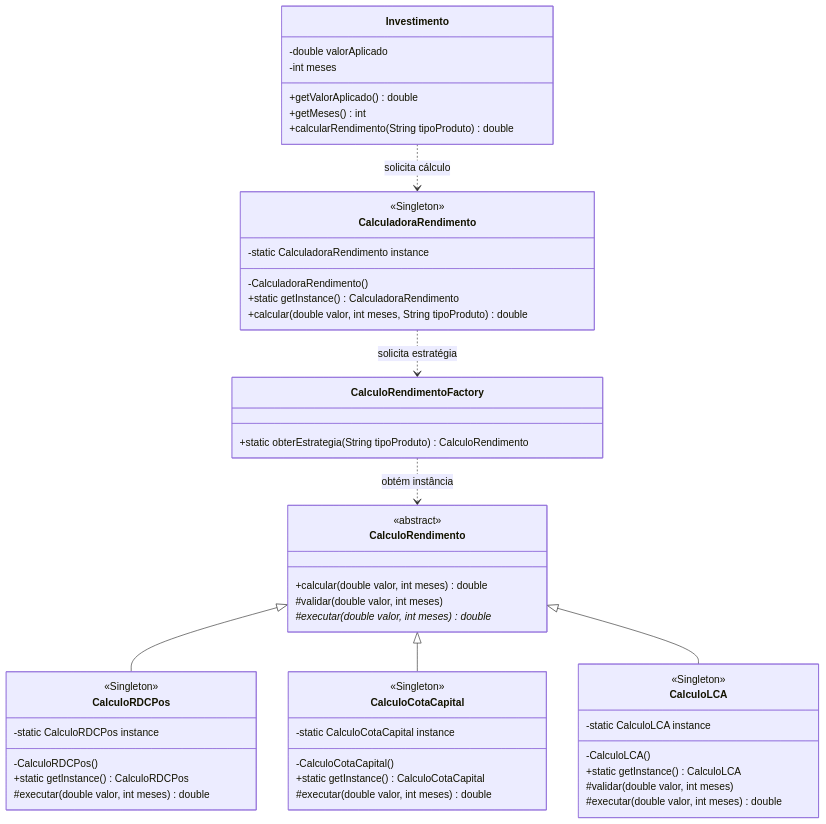
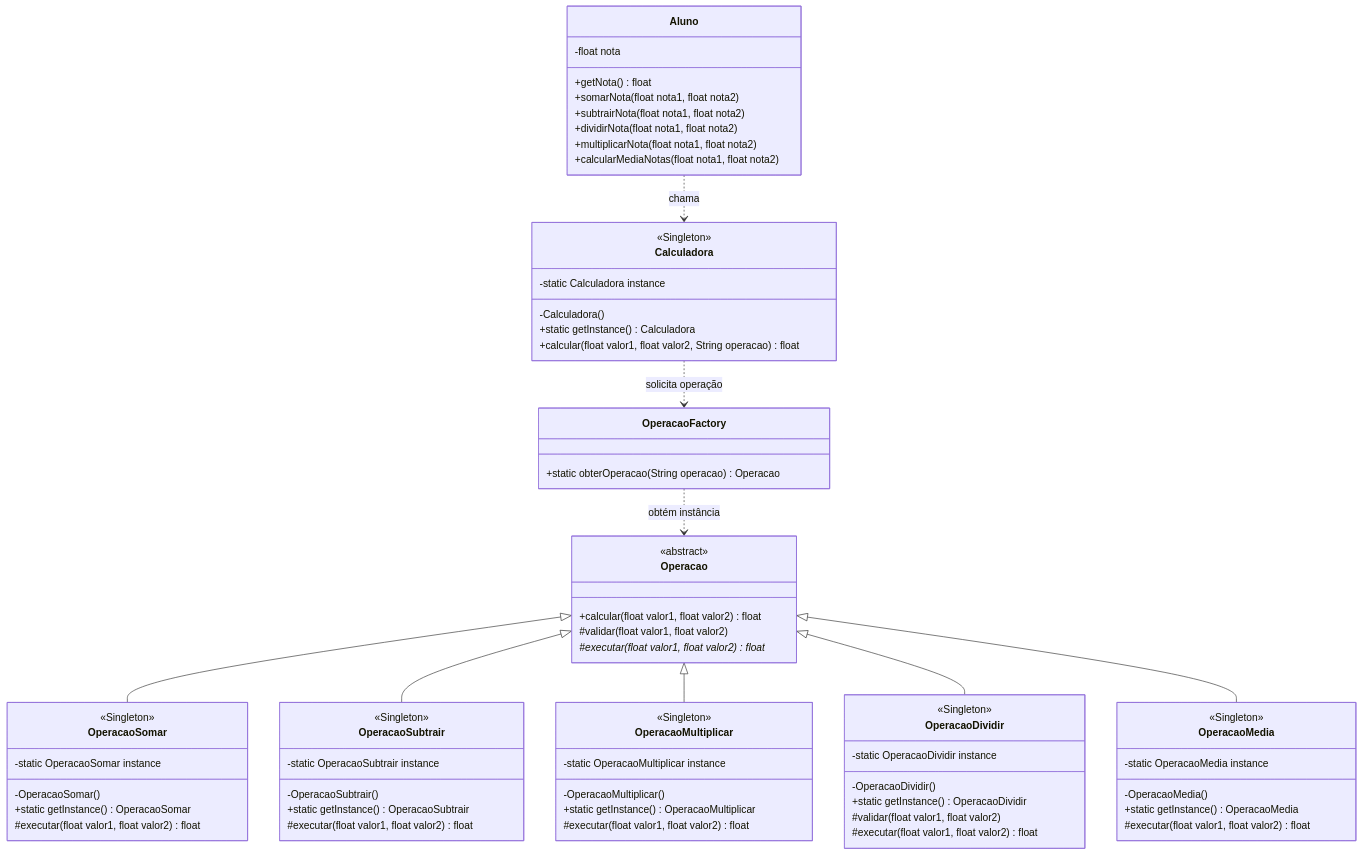
Before and after one commit to alvaroiceufjf/IntegracaoStrategy: the diagram in README.md, drawn with Mermaid.

Commit message:
Update class diagram in README.md

````diff
--- a/README.md
+++ b/README.md
@@ -2,62 +2,82 @@
 ```mermaid
 classDiagram
-    class Investimento {
-        -double valorAplicado
-        -int meses
-        +getValorAplicado() double
-        +getMeses() int
-        +calcularRendimento(String tipoProduto) double
+    class Aluno {
+        -float nota
+        +getNota() float
+        +somarNota(float nota1, float nota2)
+        +subtrairNota(float nota1, float nota2)
+        +dividirNota(float nota1, float nota2)
+        +multiplicarNota(float nota1, float nota2)
+        +calcularMediaNotas(float nota1, float nota2)
     }
 
-    class CalculadoraRendimento {
+    class Calculadora {
         <<Singleton>>
-        -static CalculadoraRendimento instance
-        -CalculadoraRendimento()
-        +static getInstance() CalculadoraRendimento
-        +calcular(double valor, int meses, String tipoProduto) double
+        -static Calculadora instance
+        -Calculadora()
+        +static getInstance() Calculadora
+        +calcular(float valor1, float valor2, String operacao) float
     }
 
-    class CalculoRendimentoFactory {
-        +static obterEstrategia(String tipoProduto) CalculoRendimento
+    class OperacaoFactory {
+        +static obterOperacao(String operacao) Operacao
     }
 
-    class CalculoRendimento {
+    class Operacao {
         <<abstract>>
-        +calcular(double valor, int meses) double
-        #validar(double valor, int meses)
-        #executar(double valor, int meses)* double
+        +calcular(float valor1, float valor2) float
+        #validar(float valor1, float valor2)
+        #executar(float valor1, float valor2)* float
     }
 
-    class CalculoRDCPos {
+    class OperacaoSomar {
         <<Singleton>>
-        -static CalculoRDCPos instance
-        -CalculoRDCPos()
-        +static getInstance() CalculoRDCPos
-        #executar(double valor, int meses) double
+        -static OperacaoSomar instance
+        -OperacaoSomar()
+        +static getInstance() OperacaoSomar
+        #executar(float valor1, float valor2) float
     }
 
-    class CalculoCotaCapital {
+    class OperacaoSubtrair {
         <<Singleton>>
-        -static CalculoCotaCapital instance
-        -CalculoCotaCapital()
-        +static getInstance() CalculoCotaCapital
-        #executar(double valor, int meses) double
+        -static OperacaoSubtrair instance
+        -OperacaoSubtrair()
+        +static getInstance() OperacaoSubtrair
+        #executar(float valor1, float valor2) float
     }
 
-    class CalculoLCA {
+    class OperacaoMultiplicar {
         <<Singleton>>
-        -static CalculoLCA instance
-        -CalculoLCA()
-        +static getInstance() CalculoLCA
-        #validar(double valor, int meses)
-        #executar(double valor, int meses) double
+        -static OperacaoMultiplicar instance
+        -OperacaoMultiplicar()
+        +static getInstance() OperacaoMultiplicar
+        #executar(float valor1, float valor2) float
     }
 
-    Investimento ..> CalculadoraRendimento : solicita cálculo
-    CalculadoraRendimento ..> CalculoRendimentoFactory : solicita estratégia
-    CalculoRendimentoFactory ..> CalculoRendimento : obtém instância
-    CalculoRendimento <|-- CalculoRDCPos
-    CalculoRendimento <|-- CalculoCotaCapital
-    CalculoRendimento <|-- CalculoLCA
+    class OperacaoDividir {
+        <<Singleton>>
+        -static OperacaoDividir instance
+        -OperacaoDividir()
+        +static getInstance() OperacaoDividir
+        #validar(float valor1, float valor2)
+        #executar(float valor1, float valor2) float
+    }
+
+    class OperacaoMedia {
+        <<Singleton>>
+        -static OperacaoMedia instance
+        -OperacaoMedia()
+        +static getInstance() OperacaoMedia
+        #executar(float valor1, float valor2) float
+    }
+
+    Aluno ..> Calculadora : chama
+    Calculadora ..> OperacaoFactory : solicita operação
+    OperacaoFactory ..> Operacao : obtém instância
+    Operacao <|-- OperacaoSomar
+    Operacao <|-- OperacaoSubtrair
+    Operacao <|-- OperacaoMultiplicar
+    Operacao <|-- OperacaoDividir
+    Operacao <|-- OperacaoMedia
 
 ```
````
